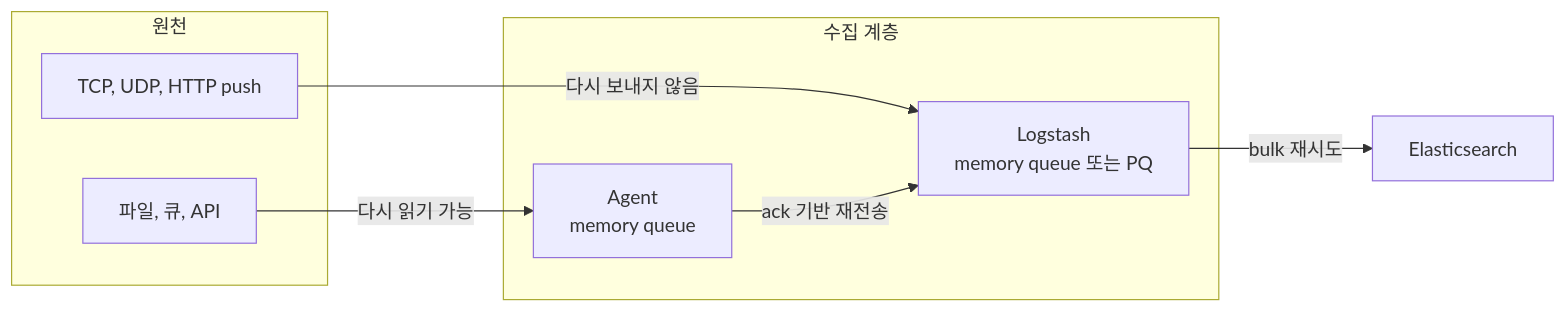
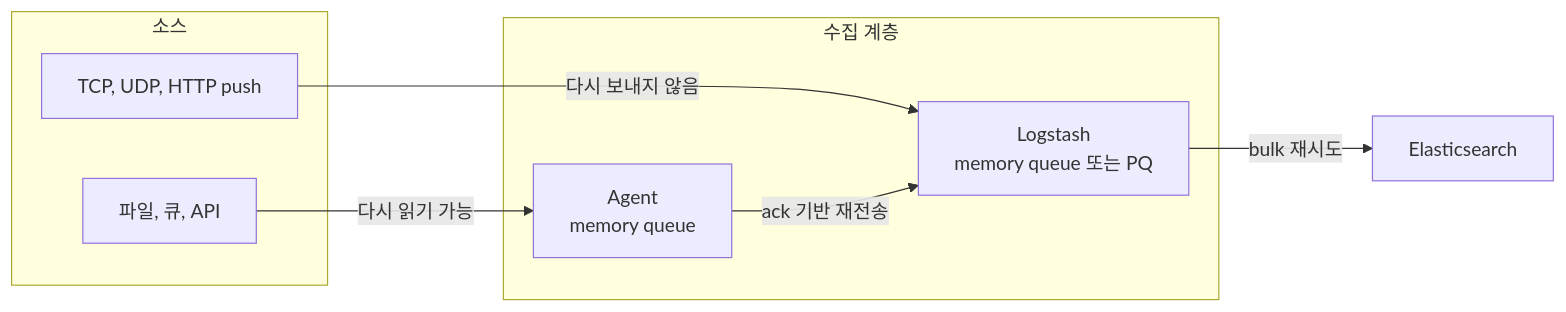
The first of 2 diagrams in src/content/docs/ingest/03-no-gap-ingest.md (Munsik/engineering-notes), drawn with Mermaid before and after one commit. The commit also changed other lines of this file and 65 other files, not shown here.

````diff
--- a/src/content/docs/ingest/03-no-gap-ingest.md
+++ b/src/content/docs/ingest/03-no-gap-ingest.md
@@ -36,16 +36,16 @@
 ```mermaid
 flowchart LR
-    subgraph R["원천"]
+    subgraph R["소스"]
         F["파일, 큐, API"]
         P["TCP, UDP, HTTP push"]
     end
     subgraph C["수집 계층"]
         A["Agent<br/>memory queue"]
         L["Logstash<br/>memory queue 또는 PQ"]
     end
     ES["Elasticsearch"]
     F -- "다시 읽기 가능" --> A
     P -- "다시 보내지 않음" --> L
     A -- "ack 기반 재전송" --> L
     L -- "bulk 재시도" --> ES
 ```
````
